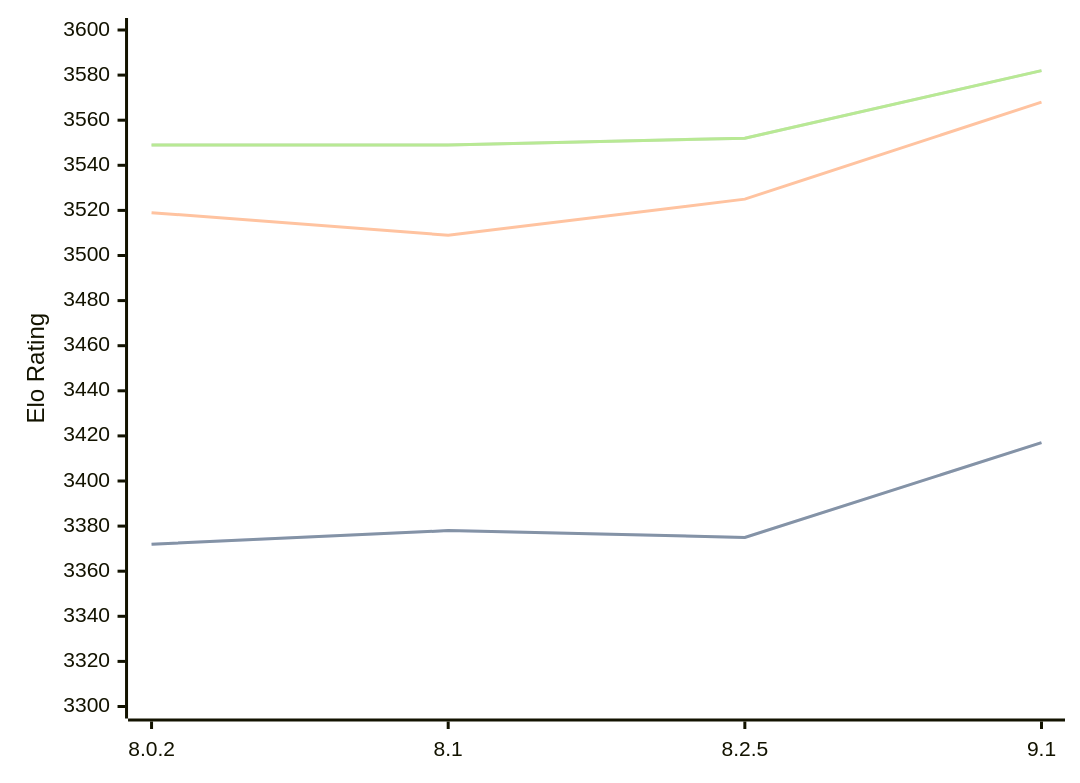
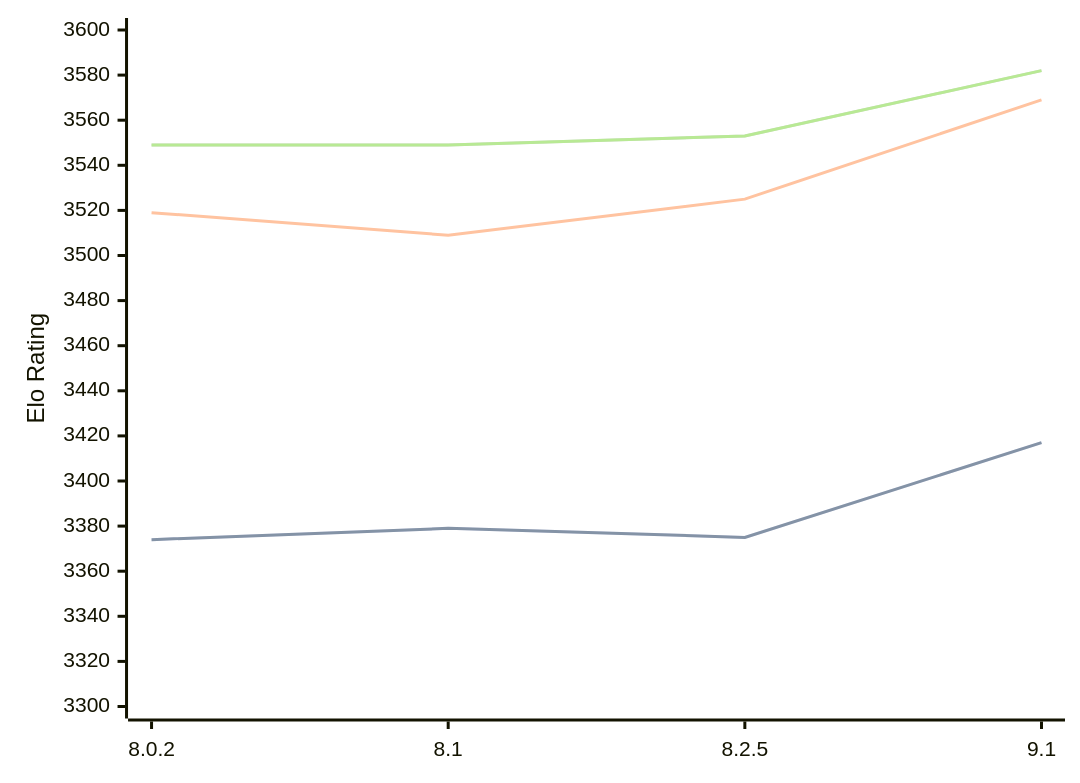
Before and after one commit to computer-chess-index/cci: the diagram in engines/Clover.md, drawn with Mermaid. The commit also changed other lines of this file, not shown here.

Commit message:
Update CCI Ratings (ELO VLTC) - 2026-04-25

````diff
--- a/engines/Clover.md
+++ b/engines/Clover.md
@@ -64,11 +64,11 @@
 ```mermaid
 %%{init: {"theme":"base","themeVariables":{"seriesColors:['#a3a3a3','#222221','#faa371']}}}%%
 xychart-beta
   x-axis ["8.0.2", "8.1", "8.2.5", "9.1"]
   y-axis "Elo Rating" 3300 --> 3600
-  line "STC (8.0+0.08s)" [3372, 3378, 3375, 3417]
-  line "STC (8.0+0.08s)" [3372, 3378, 3375, 3417]
-  line "LTC (60.0+0.60s)" [3519, 3509, 3525, 3568]
-  line "VLTC (2m24s+1.12s)" [3549, 3549, 3552, 3582]
-  line "VLTC (2m24s+1.12s)" [3549, 3549, 3552, 3582]
+  line "STC (8.0+0.08s)" [3374, 3379, 3375, 3417]
+  line "STC (8.0+0.08s)" [3374, 3379, 3375, 3417]
+  line "LTC (60.0+0.60s)" [3519, 3509, 3525, 3569]
+  line "VLTC (2m24s+1.12s)" [3549, 3549, 3553, 3582]
+  line "VLTC (2m24s+1.12s)" [3549, 3549, 3553, 3582]
 ```
````
